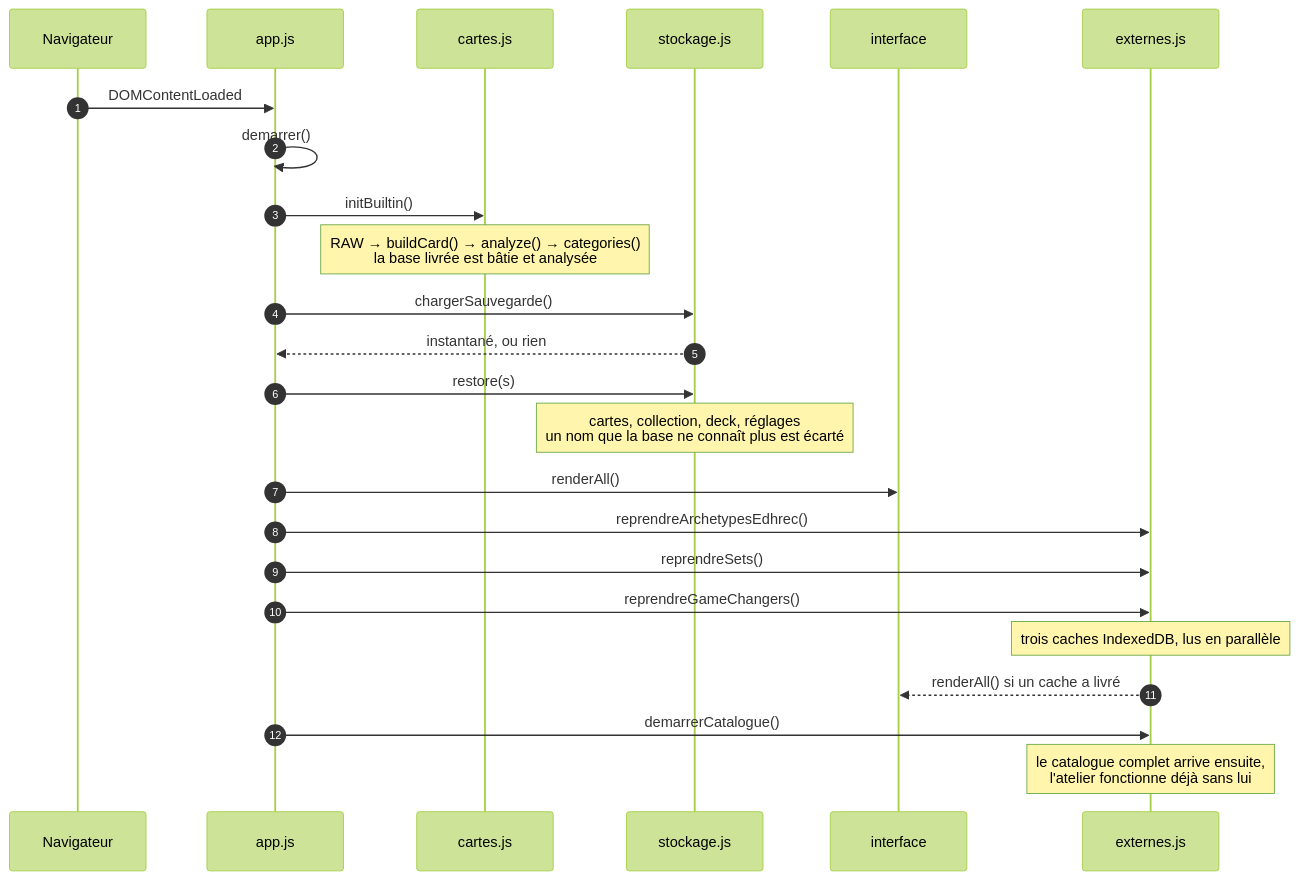
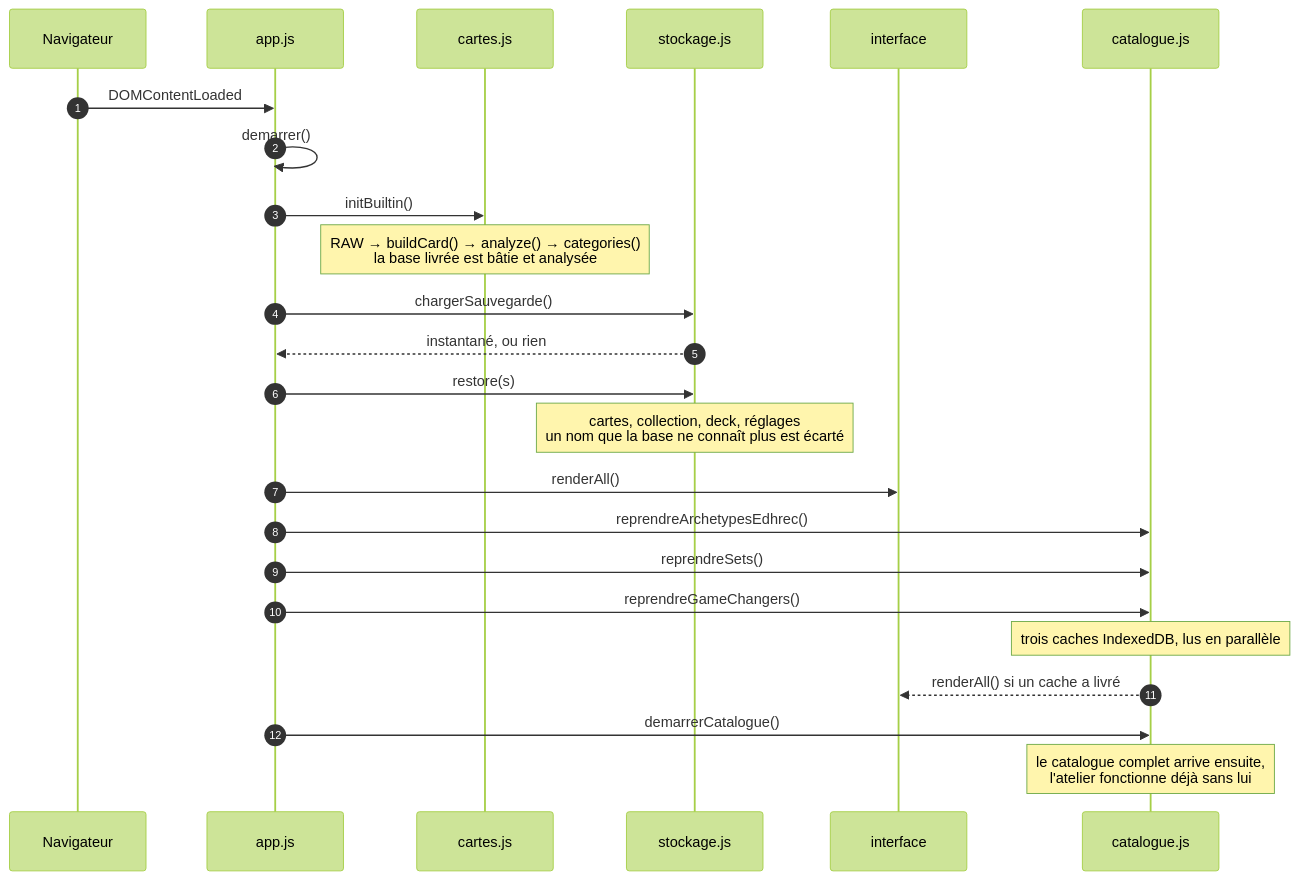
The first of 13 diagrams in PARCOURS.md (HJoudrier/MtgDeckBuilder_v3), drawn with Mermaid (forest theme) before and after one commit. The commit also changed other lines of this file and 37 other files, not shown here.

````diff
--- a/PARCOURS.md
+++ b/PARCOURS.md
@@ -76,27 +76,27 @@
 ```mermaid
 sequenceDiagram
     autonumber
     participant NAV as Navigateur
     participant APP as app.js
     participant CARTES as cartes.js
     participant STOCK as stockage.js
     participant UI as interface
-    participant EXT as externes.js
+    participant EXT as catalogue.js
 
     NAV->>APP: DOMContentLoaded
     APP->>APP: demarrer()
     APP->>CARTES: initBuiltin()
     Note over CARTES: RAW → buildCard() → analyze() → categories()<br/>la base livrée est bâtie et analysée
     APP->>STOCK: chargerSauvegarde()
     STOCK-->>APP: instantané, ou rien
     APP->>STOCK: restore(s)
     Note over STOCK: cartes, collection, deck, réglages<br/>un nom que la base ne connaît plus est écarté
     APP->>UI: renderAll()
     APP->>EXT: reprendreArchetypesEdhrec()
     APP->>EXT: reprendreSets()
     APP->>EXT: reprendreGameChangers()
     Note over EXT: trois caches IndexedDB, lus en parallèle
     EXT-->>UI: renderAll() si un cache a livré
     APP->>EXT: demarrerCatalogue()
     Note over EXT: le catalogue complet arrive ensuite,<br/>l'atelier fonctionne déjà sans lui
 ```
````
